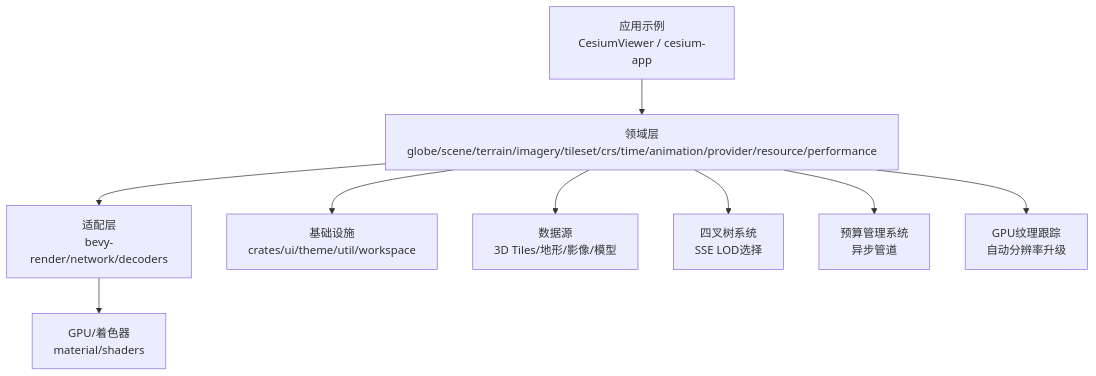
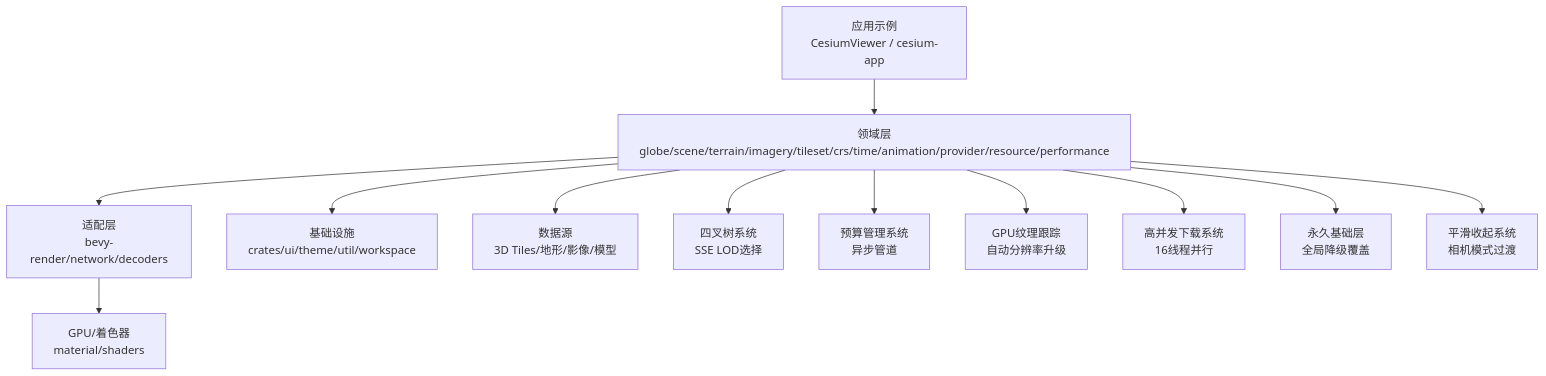
The second of 22 diagrams in .qoder/repowiki/zh/content/核心概念/渲染管线与场景图/动态地球渲染系统.md (rzhangjing/cesium), drawn with Mermaid before and after one commit. The commit also changed other lines of this file and 9 other files, not shown here.

````diff
--- a/.qoder/repowiki/zh/content/核心概念/渲染管线与场景图/动态地球渲染系统.md
+++ b/.qoder/repowiki/zh/content/核心概念/渲染管线与场景图/动态地球渲染系统.md
@@ -144,20 +154,26 @@
 ```mermaid
 graph TB
 App["应用示例<br/>CesiumViewer / cesium-app"]
 Domain["领域层<br/>globe/scene/terrain/imagery/tileset/crs/time/animation/provider/resource/performance"]
 Adapter["适配层<br/>bevy-render/network/decoders"]
 Infra["基础设施<br/>crates/ui/theme/util/workspace"]
 Data["数据源<br/>3D Tiles/地形/影像/模型"]
 GPU["GPU/着色器<br/>material/shaders"]
 Quadtree["四叉树系统<br/>SSE LOD选择"]
 Budget["预算管理系统<br/>异步管道"]
 TextureTrack["GPU纹理跟踪<br/>自动分辨率升级"]
+DownloadSys["高并发下载系统<br/>16线程并行"]
+BaseLayer["永久基础层<br/>全局降级覆盖"]
+SmoothTransition["平滑收起系统<br/>相机模式过渡"]
 App --> Domain
 Domain --> Adapter
 Adapter --> GPU
 Domain --> Data
 Domain --> Infra
 Domain --> Quadtree
 Domain --> Budget
 Domain --> TextureTrack
+Domain --> DownloadSys
+Domain --> BaseLayer
+Domain --> SmoothTransition
 ```
````
